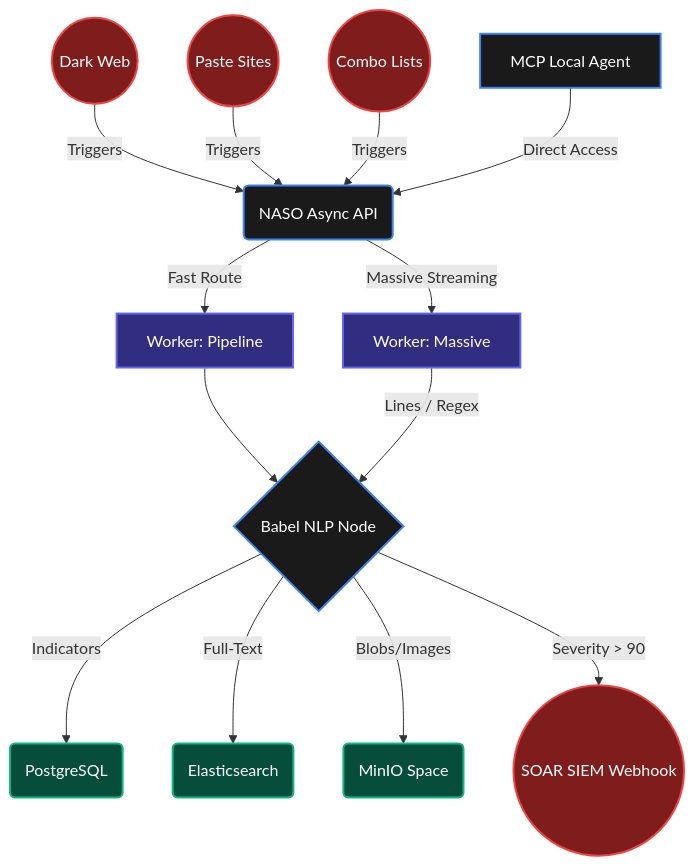
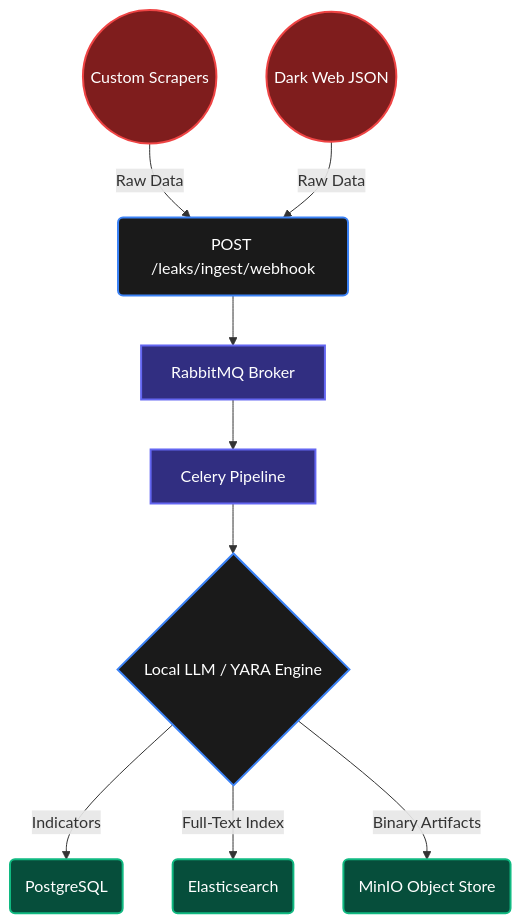
Before and after one commit to fabriziosalmi/naso: the diagram in README.md, drawn with Mermaid. The commit also changed other lines of this file, not shown here.

````diff
--- a/README.md
+++ b/README.md
@@ -23,29 +24,23 @@
 ```mermaid
 graph TD
     %% Define Styles
     classDef intel fill:#1A1A1A,stroke:#3B82F6,stroke-width:2px,color:#FFFFFF;
     classDef worker fill:#312E81,stroke:#6366F1,stroke-width:2px,color:#FFFFFF;
     classDef storage fill:#064E3B,stroke:#10B981,stroke-width:2px,color:#FFFFFF;
     classDef external fill:#7F1D1D,stroke:#EF4444,stroke-width:2px,color:#FFFFFF;
     
-    A1((Dark Web)):::external
-    A2((Paste Sites)):::external
-    A3((Combo Lists)):::external
-
-    B(NASO Async API):::intel
-    A1 & A2 & A3 -->|Triggers| B
+    A1((Custom Scrapers)):::external
+    A2((Dark Web JSON)):::external
     
-    B -->|Fast Route| C[Worker: Pipeline]:::worker
-    B -->|Massive Streaming| D[Worker: Massive]:::worker
+    B(POST /leaks/ingest/webhook):::intel
+    A1 & A2 -->|Raw Data| B
     
-    C --> E{Babel NLP Node}:::intel
-    D -->|Lines / Regex| E
+    B --> C[RabbitMQ Broker]:::worker
+    C --> D[Celery Pipeline]:::worker
+    
+    D --> E{Local LLM / YARA Engine}:::intel
     
     E -->|Indicators| F1(PostgreSQL):::storage
-    E -->|Full-Text| F2(Elasticsearch):::storage
-    E -->|Blobs/Images| F3(MinIO Space):::storage
-    
-    E -->|Severity > 90| G((SOAR SIEM Webhook)):::external
-    
-    H[MCP Local Agent]:::intel -->|Direct Access| B
+    E -->|Full-Text Index| F2(Elasticsearch):::storage
+    E -->|Binary Artifacts| F3(MinIO Object Store):::storage
 ```
````
